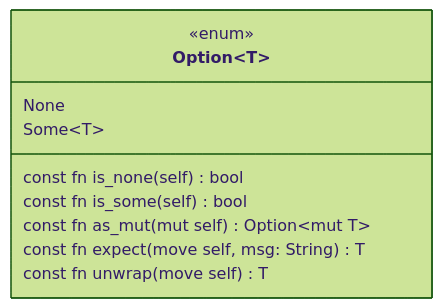
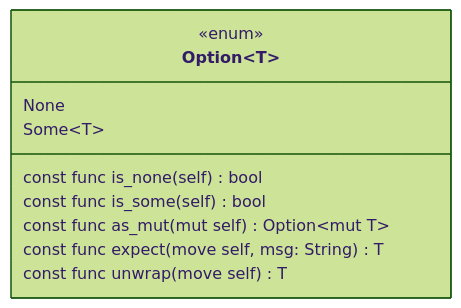
The diagram in docs/core/option.md (CreatorSiSo/rym), drawn with Mermaid (forest theme) before and after one commit. The commit also changed 22 other files, not shown here.

````diff
--- a/docs/core/option.md
+++ b/docs/core/option.md
@@ -16,17 +16,17 @@
 ```mermaid
 classDiagram
 	class Option~T~ {
 		<<enum>>
 		None
 		Some~T~
 
 		<<impl>>
-		const fn is_none(self) bool
-		const fn is_some(self) bool
+		const func is_none(self) bool
+		const func is_some(self) bool
 
-		const fn as_mut(mut self) Option~mut T~
+		const func as_mut(mut self) Option~mut T~
 
-		const fn expect(move self, msg: String) T
-		const fn unwrap(move self) T
+		const func expect(move self, msg: String) T
+		const func unwrap(move self) T
 	}
 ```
````
